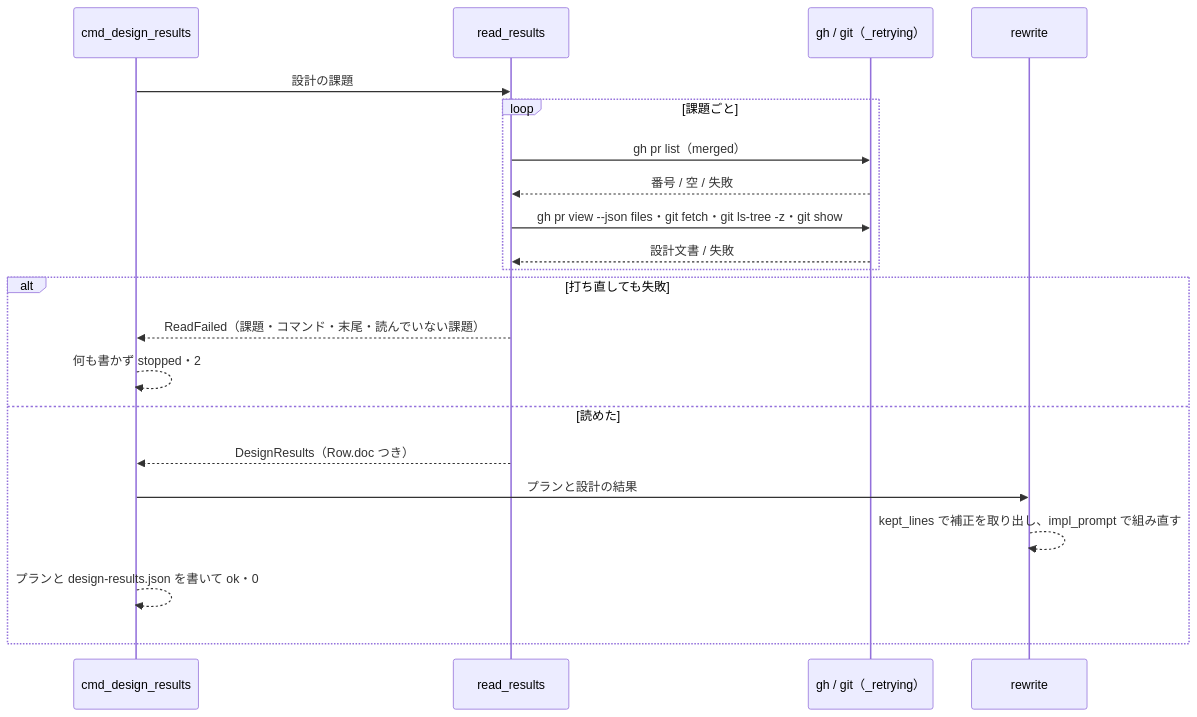
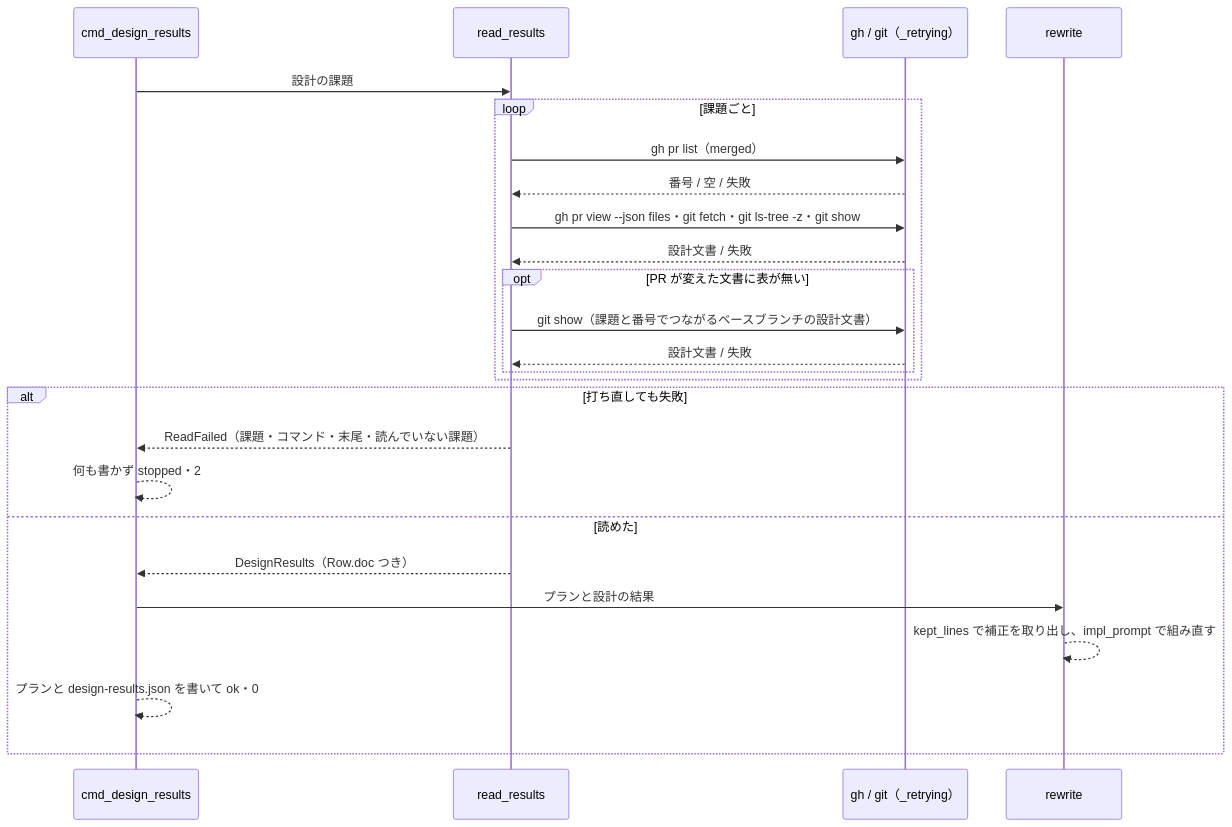
One commit to devbasex/ai-plugins changed the second of 2 diagrams in docs/specifications/ndf-supervise-impl-prompt-format-and-transient-failures.md. Above: the diagram before and after it, drawn with Mermaid. The commit also changed other lines of this file and 2 other files, not shown here.

````diff
--- a/docs/specifications/ndf-supervise-impl-prompt-format-and-transient-failures.md
+++ b/docs/specifications/ndf-supervise-impl-prompt-format-and-transient-failures.md
@@ -124,23 +124,27 @@
 ```mermaid
 sequenceDiagram
   participant C as cmd_design_results
   participant R as read_results
   participant G as gh / git（_retrying）
   participant W as rewrite
   C->>R: 設計の課題
   loop 課題ごと
     R->>G: gh pr list（merged）
     G-->>R: 番号 / 空 / 失敗
     R->>G: gh pr view --json files・git fetch・git ls-tree -z・git show
     G-->>R: 設計文書 / 失敗
+    opt PR が変えた文書に表が無い
+      R->>G: git show（課題と番号でつながるベースブランチの設計文書）
+      G-->>R: 設計文書 / 失敗
+    end
   end
   alt 打ち直しても失敗
     R-->>C: ReadFailed（課題・コマンド・末尾・読んでいない課題）
     C-->>C: 何も書かず stopped・2
   else 読めた
     R-->>C: DesignResults（Row.doc つき）
     C->>W: プランと設計の結果
     W-->>W: kept_lines で補正を取り出し、impl_prompt で組み直す
     C-->>C: プランと design-results.json を書いて ok・0
   end
 ```
````
